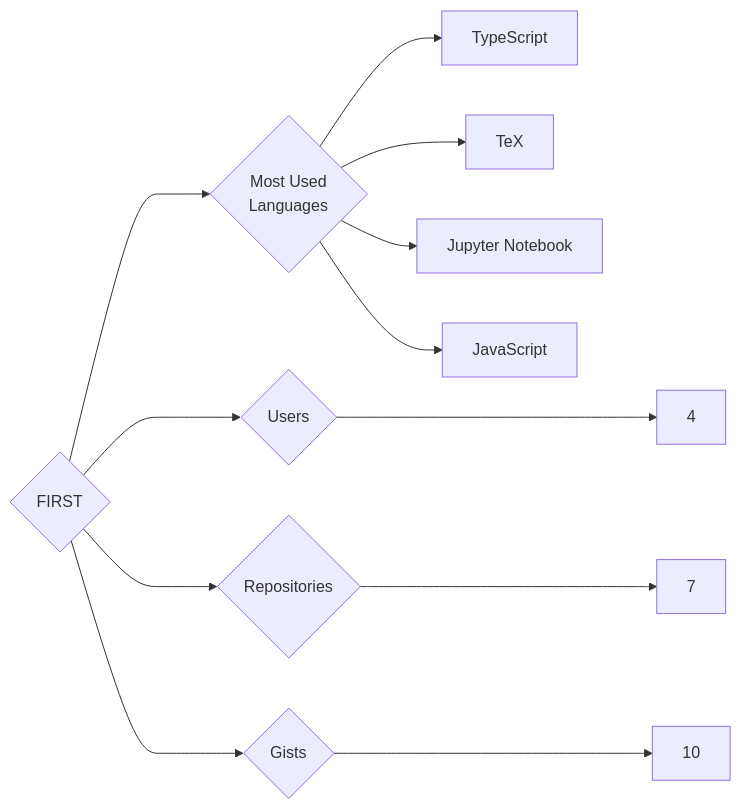
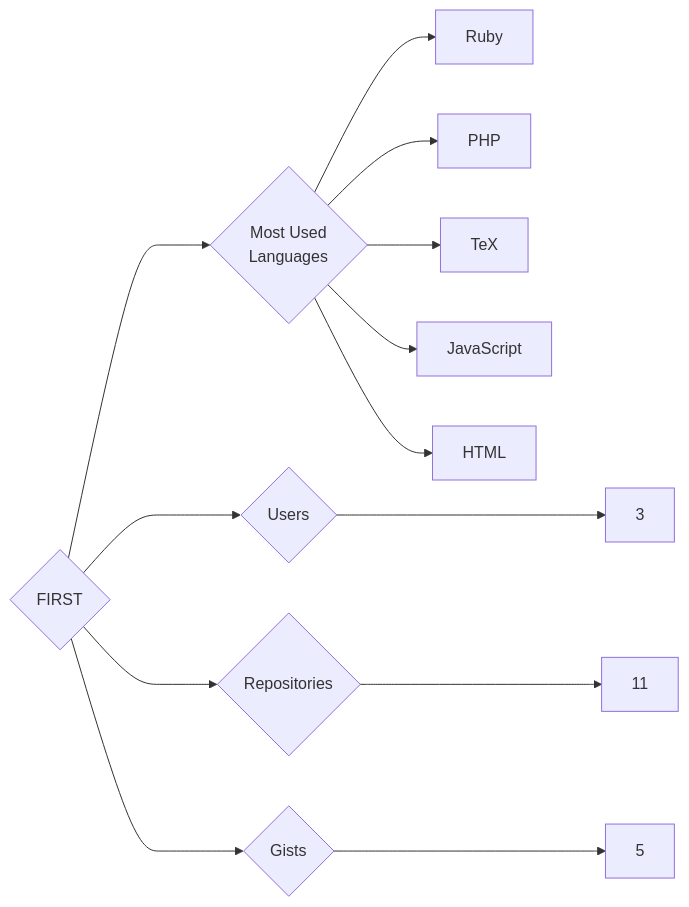
The diagram in targets/FIRST/README.md (trickest/insiders), drawn with Mermaid before and after one commit. The commit also changed 776 other files, not shown here.

````diff
--- a/targets/FIRST/README.md
+++ b/targets/FIRST/README.md
@@ -3,12 +3,13 @@
 ```mermaid
 graph LR
 COMPANY_NAME{FIRST}
-COMPANY_NAME ---> U{Users} ---> UN[4]
-COMPANY_NAME ---> R{Repositories} ---> RN[7]
-COMPANY_NAME ---> G{Gists} ---> GN[10]
+COMPANY_NAME ---> U{Users} ---> UN[3]
+COMPANY_NAME ---> R{Repositories} ---> RN[11]
+COMPANY_NAME ---> G{Gists} ---> GN[5]
 COMPANY_NAME ---> ML{Most Used<br>Languages}
-ML --> TypeScript[TypeScript]
+ML --> Ruby[Ruby]
+ML --> PHP[PHP]
 ML --> TeX[TeX]
-ML --> Jupyter_Notebook[Jupyter Notebook]
 ML --> JavaScript[JavaScript]
+ML --> HTML[HTML]
 ```
````
